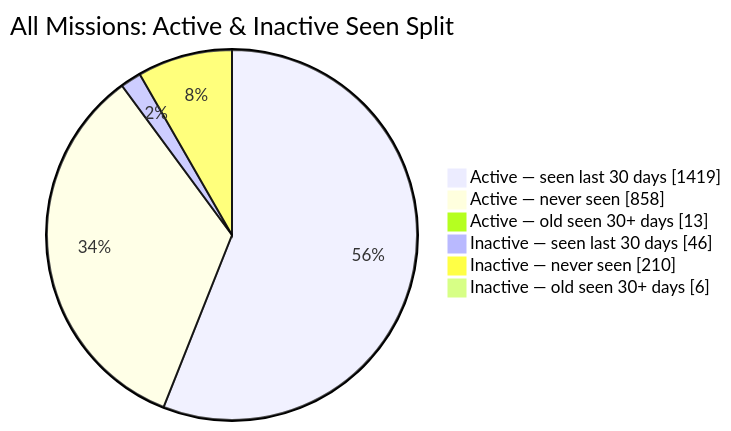
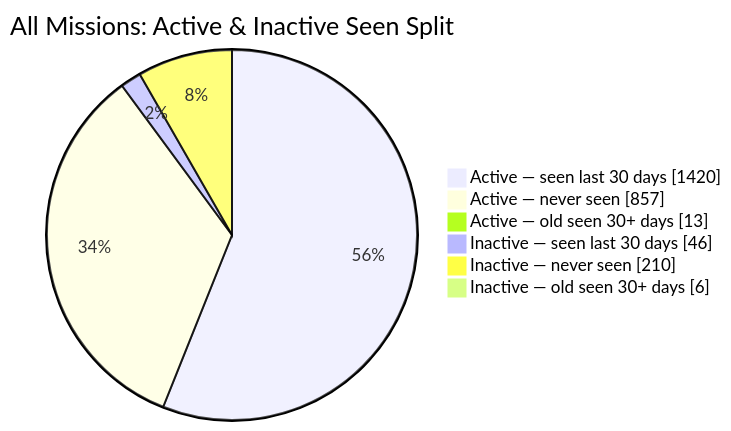
The second of 2 diagrams in README.md (MeldkamerspelGameTeam/active-missions), drawn with Mermaid before and after one commit. The commit also changed other lines of this file and 2 other files, not shown here.

````diff
--- a/README.md
+++ b/README.md
@@ -44,10 +44,10 @@
 ```mermaid
 pie showData
     title All Missions: Active & Inactive Seen Split
-    "Active — seen last 30 days" : 1419
-    "Active — never seen" : 858
+    "Active — seen last 30 days" : 1420
+    "Active — never seen" : 857
     "Active — old seen 30+ days" : 13
     "Inactive — seen last 30 days" : 46
     "Inactive — never seen" : 210
     "Inactive — old seen 30+ days" : 6
 ```
````
